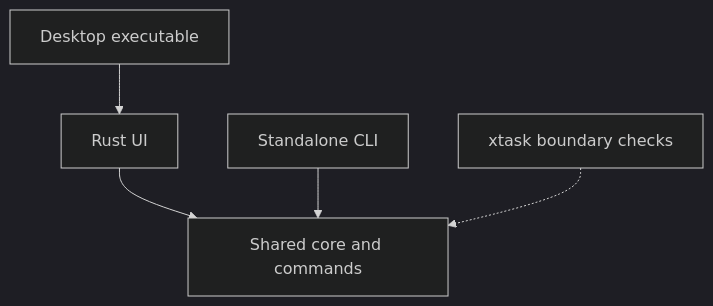
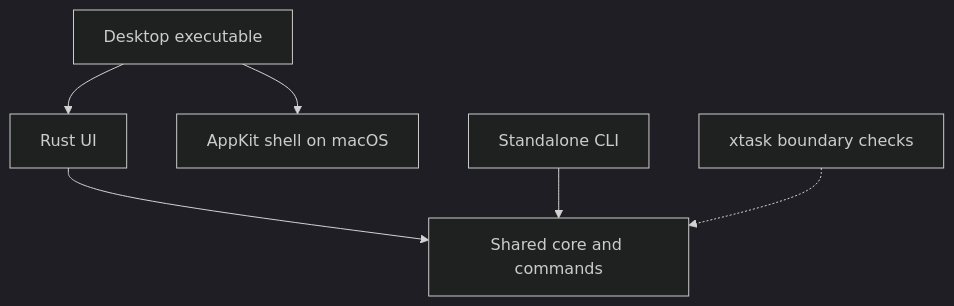
One commit to stokaro/arcforge changed the diagram in docs/architecture.md. Above: the diagram before and after it, drawn with Mermaid (dark theme). The commit also changed other lines of this file and 82 other files, not shown here.

````diff
--- a/docs/architecture.md
+++ b/docs/architecture.md
@@ -17,7 +18,8 @@
 ```mermaid
 flowchart TD
     G["Desktop executable"] --> U["Rust UI"]
+    G --> N["AppKit shell on macOS"]
     U --> C["Shared core and commands"]
     L["Standalone CLI"] --> C
     X["xtask boundary checks"] -.-> C
 ```
````
